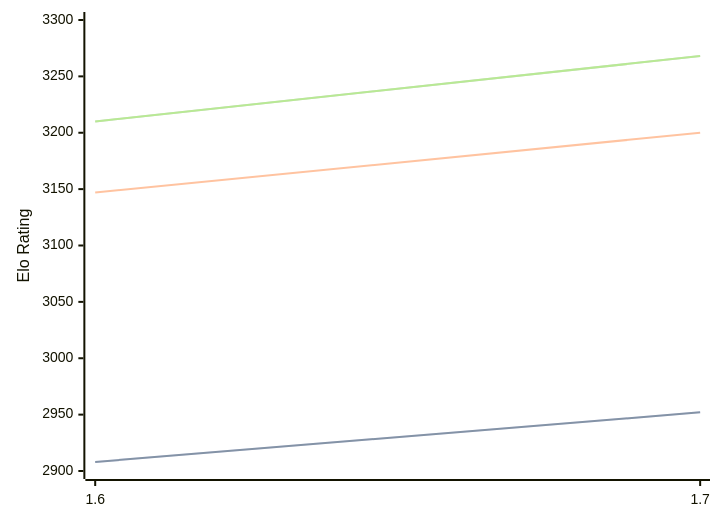
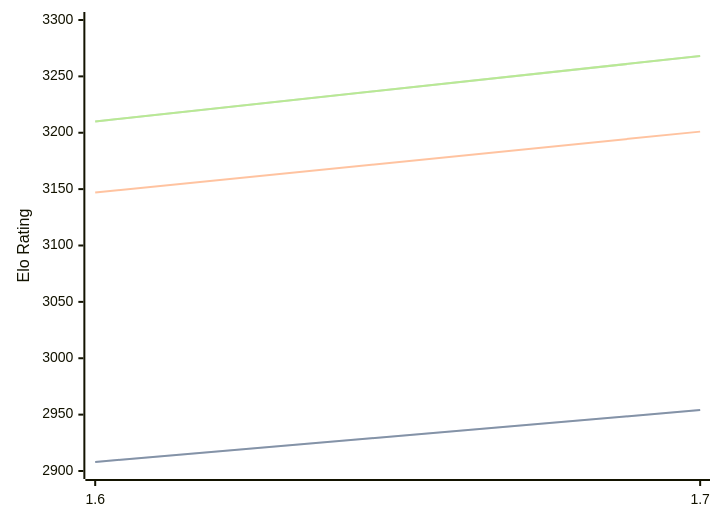
Before and after one commit to computer-chess-index/cci: the diagram in engines/Bitbit.md, drawn with Mermaid. The commit also changed other lines of this file, not shown here.

````diff
--- a/engines/Bitbit.md
+++ b/engines/Bitbit.md
@@ -32,11 +32,11 @@
 ```mermaid
 %%{init: {"theme":"base","themeVariables":{"seriesColors:['#a3a3a3','#222221','#faa371']}}}%%
 xychart-beta
   x-axis ["1.6", "1.7"]
   y-axis "Elo Rating" 2900 --> 3300
-  line "" [2908, 2952]
-  line "STC (8.0+0.08s)" [2908, 2952]
-  line "LTC (60.0+0.60s)" [3147, 3200]
+  line "" [2908, 2954]
+  line "STC (8.0+0.08s)" [2908, 2954]
+  line "LTC (60.0+0.60s)" [3147, 3201]
   line "" [3210, 3268]
   line "VLTC (2m24s+1.12s)" [3210, 3268]
 ```
````
